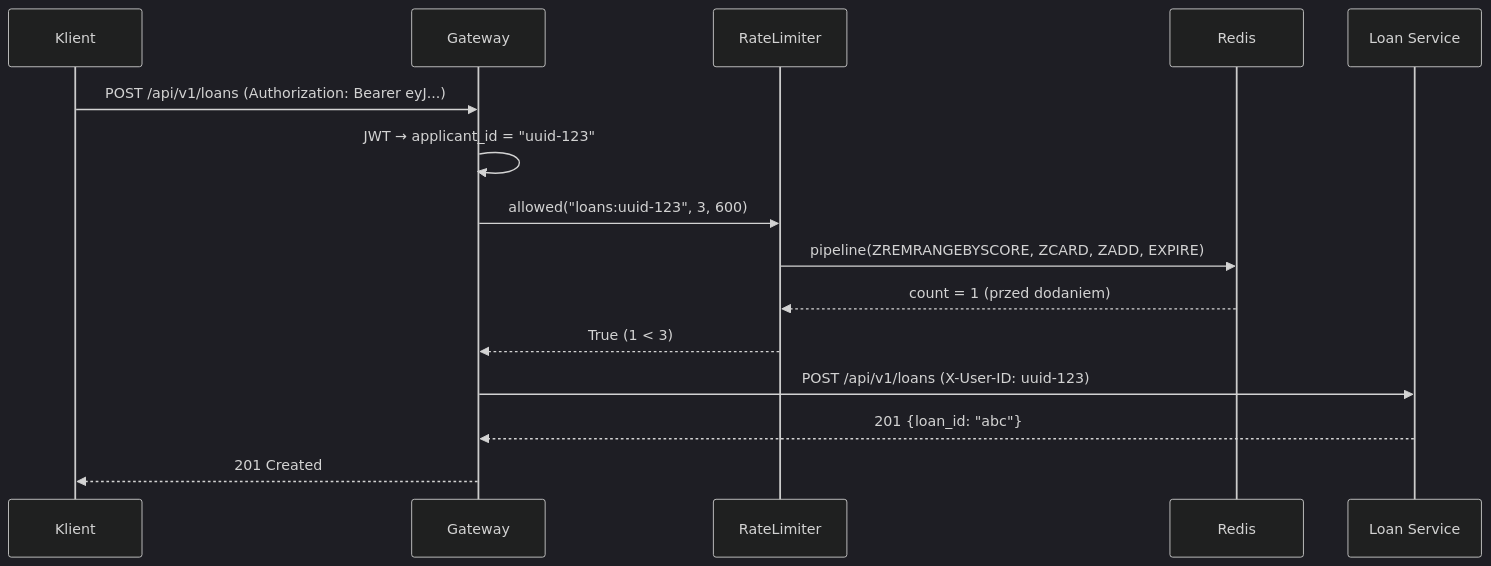
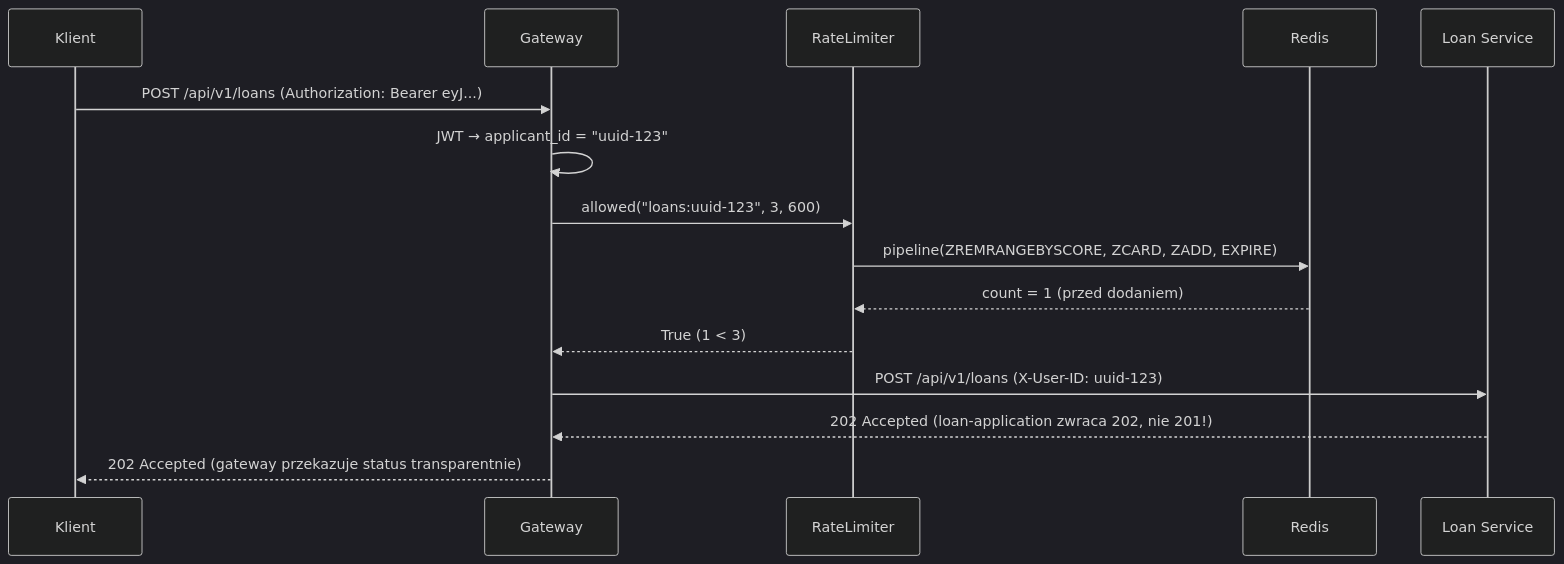
The fourth of 5 diagrams in docs/gateway-service-guide.md (bielsky0/credit-guard), drawn with Mermaid (dark theme) before and after one commit. The commit also changed other lines of this file and 69 other files, not shown here.

First line of the commit message:
feat(services): add gateway and loan-application services

````diff
--- a/docs/gateway-service-guide.md
+++ b/docs/gateway-service-guide.md
@@ -2149,18 +2682,18 @@
 ```mermaid
 sequenceDiagram
     participant C as Klient
     participant GW as Gateway
     participant RL as RateLimiter
     participant RED as Redis
     participant LOAN as Loan Service
 
     C->>GW: POST /api/v1/loans (Authorization: Bearer eyJ...)
     GW->>GW: JWT → applicant_id = "uuid-123"
     GW->>RL: allowed("loans:uuid-123", 3, 600)
     RL->>RED: pipeline(ZREMRANGEBYSCORE, ZCARD, ZADD, EXPIRE)
     RED-->>RL: count = 1 (przed dodaniem)
     RL-->>GW: True (1 < 3)
     GW->>LOAN: POST /api/v1/loans (X-User-ID: uuid-123)
-    LOAN-->>GW: 201 {loan_id: "abc"}
-    GW-->>C: 201 Created
+    LOAN-->>GW: 202 Accepted (loan-application zwraca 202, nie 201!)
+    GW-->>C: 202 Accepted (gateway przekazuje status transparentnie)
 ```
````
